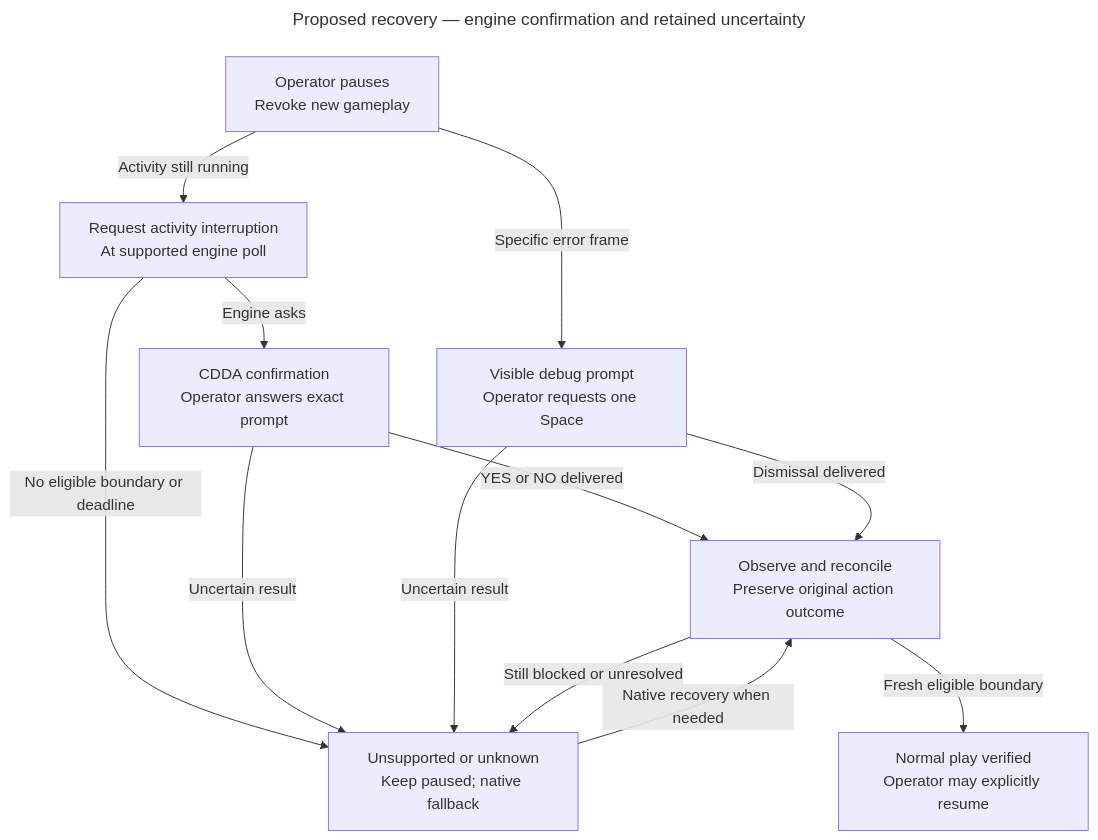
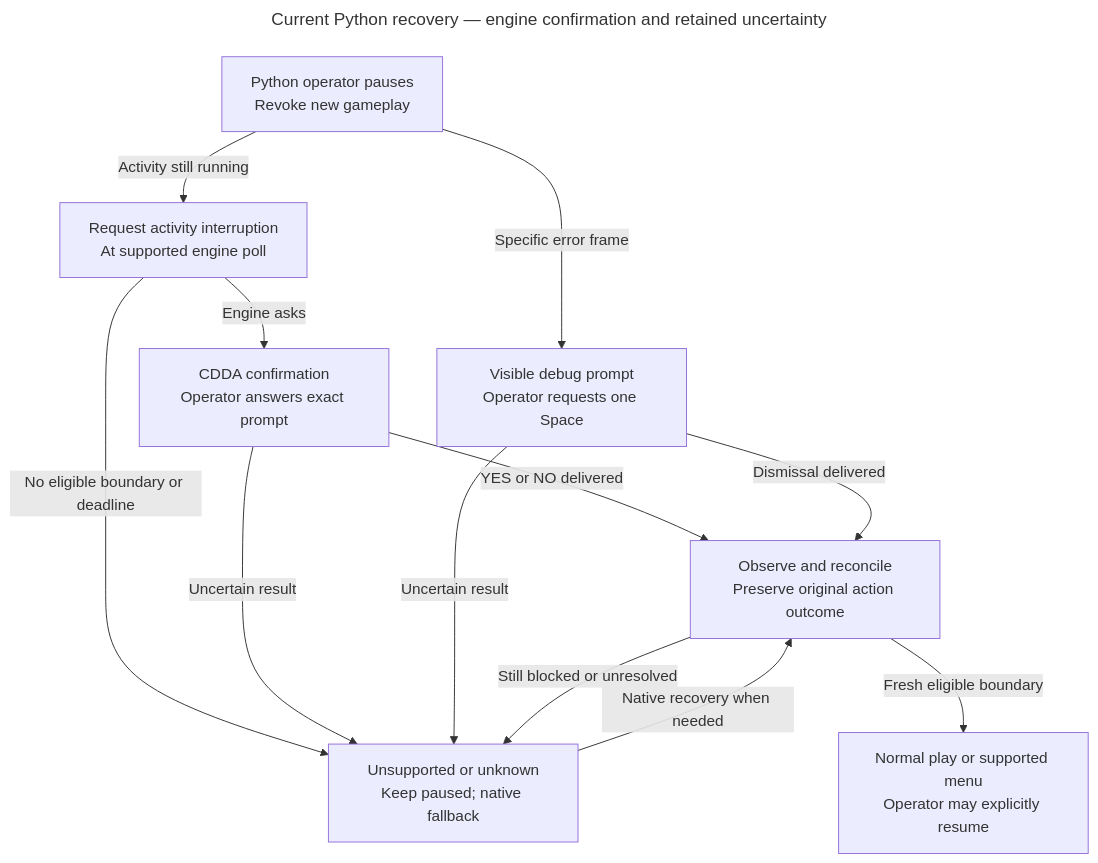
Before and after one commit to CVX-Hull/enactive: the diagram in docs/diagrams/native-recovery.mmd, drawn with Mermaid. The commit also changed 36 other files, not shown here.

First line of the commit message:
Add scoped native recovery and provenance-aware gameplay memory (#39)

```diff
--- a/docs/diagrams/native-recovery.mmd
+++ b/docs/diagrams/native-recovery.mmd
@@ -1,24 +1,24 @@
 ---
-title: Proposed recovery — engine confirmation and retained uncertainty
+title: Current Python recovery — engine confirmation and retained uncertainty
 ---
 flowchart TB
-  accTitle: Proposed operator recovery for native CDDA
-  accDescr: The operator first pauses new gameplay. A request at a supported activity poll opens the engine confirmation, which the operator answers against its exact frame. A raw debug prompt can instead receive one explicitly requested Space. Unsupported or uncertain outcomes retain native fallback. Every path requires observation and reconciliation, and only a normal-play boundary permits explicit resume. No path automatically resumes gameplay or proves task success.
-  P["Operator pauses\nRevoke new gameplay"]
+  accTitle: Current Python operator recovery for native CDDA
+  accDescr: The Python operator interface first pauses new gameplay; public recovery buttons remain future work. A request at a supported activity poll opens the engine confirmation, which the operator answers against its exact frame. A raw debug prompt can instead receive one explicitly requested Space. Unsupported or uncertain outcomes retain native fallback. Every path requires observation and reconciliation, and only normal play or a supported menu permits explicit resume. No path automatically resumes gameplay or proves task success.
+  P["Python operator pauses\nRevoke new gameplay"]
   A["Request activity interruption\nAt supported engine poll"]
   Q["CDDA confirmation\nOperator answers exact prompt"]
   D["Visible debug prompt\nOperator requests one Space"]
   U["Unsupported or unknown\nKeep paused; native fallback"]
   O["Observe and reconcile\nPreserve original action outcome"]
-  R["Normal play verified\nOperator may explicitly resume"]
+  R["Normal play or supported menu\nOperator may explicitly resume"]
   P -->|Activity still running| A
   A -->|Engine asks| Q
   A -->|No eligible boundary or deadline| U
   P -->|Specific error frame| D
   Q -->|YES or NO delivered| O
   D -->|Dismissal delivered| O
   Q -->|Uncertain result| U
   D -->|Uncertain result| U
   U -->|Native recovery when needed| O
   O -->|Still blocked or unresolved| U
   O -->|Fresh eligible boundary| R
```
